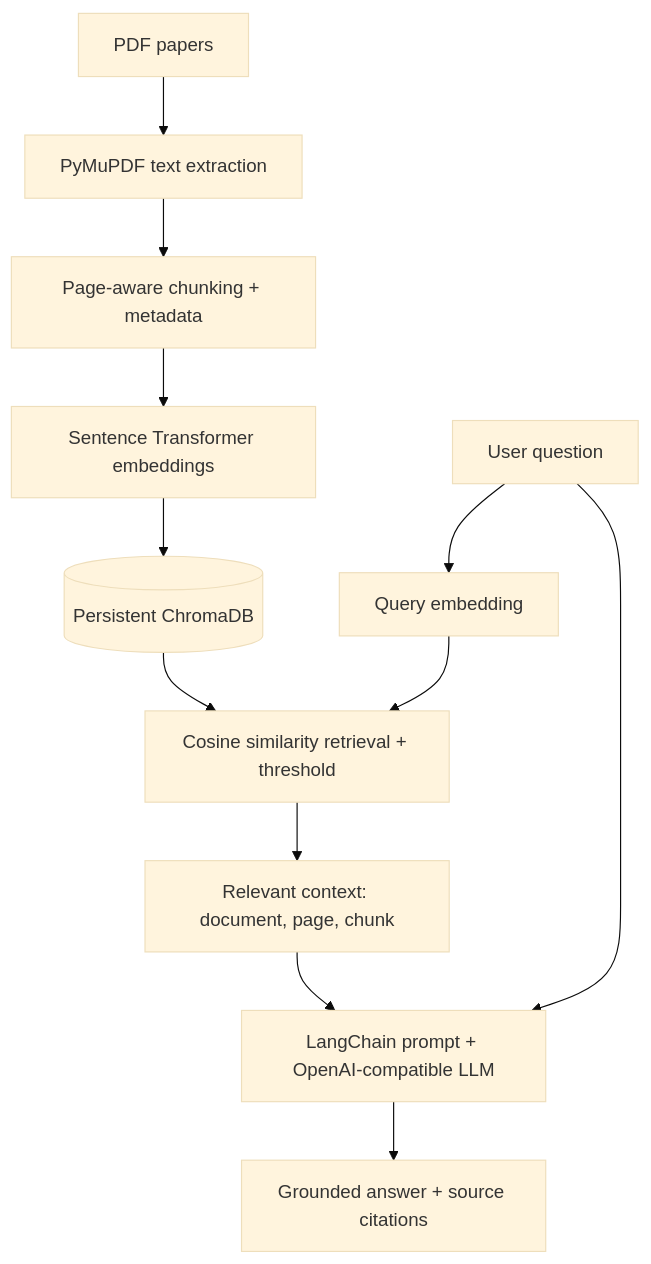
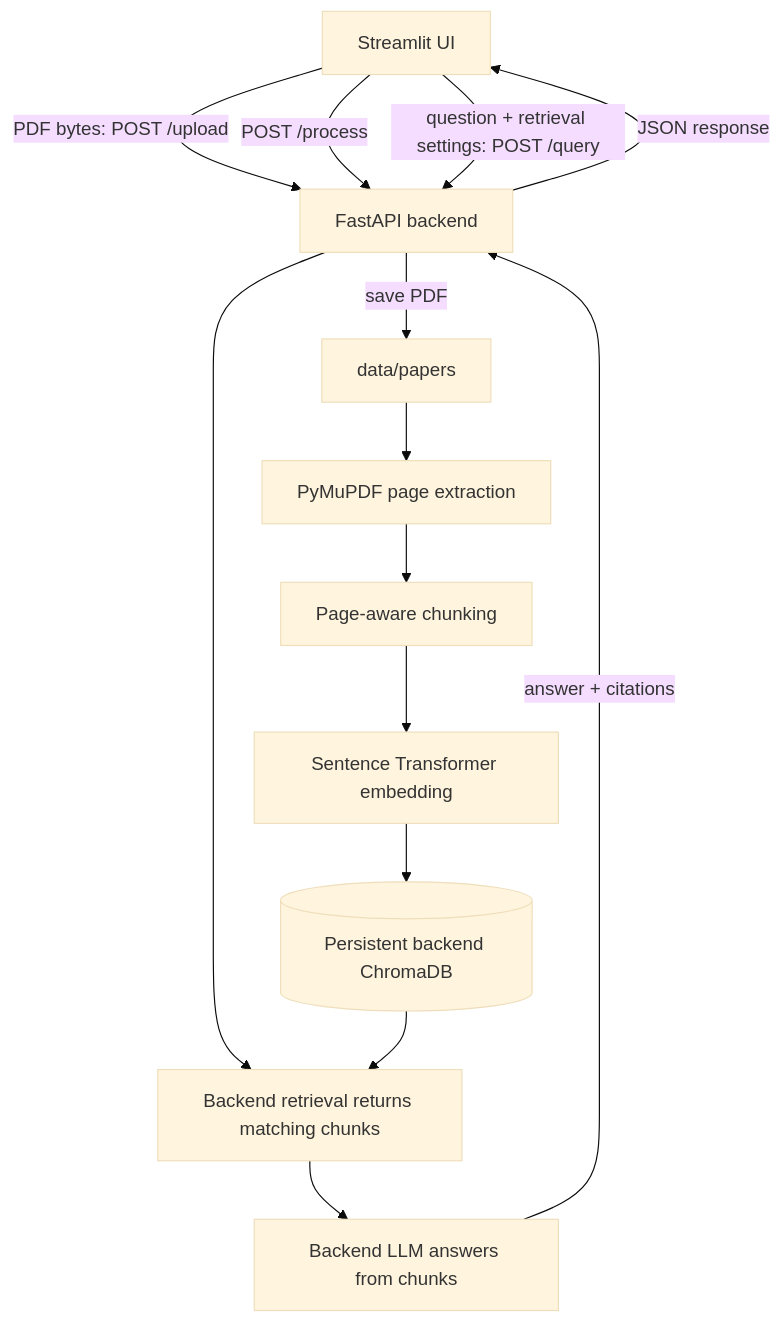
The diagram in README.md (sandeepsurekas-boop/Project_RAG), drawn with Mermaid (base theme) before and after one commit. The commit also changed other lines of this file and 38 other files, not shown here.

````diff
--- a/README.md
+++ b/README.md
@@ -7,14 +53,16 @@
 ```mermaid
 flowchart TD
-    A[PDF papers] --> B[PyMuPDF text extraction]
-    B --> C[Page-aware chunking + metadata]
-    C --> D[Sentence Transformer embeddings]
-    D --> E[(Persistent ChromaDB)]
-    F[User question] --> G[Query embedding]
-    G --> H[Cosine similarity retrieval + threshold]
-    E --> H
-    H --> I[Relevant context: document, page, chunk]
-    I --> J[LangChain prompt + OpenAI-compatible LLM]
-    F --> J
-    J --> K[Grounded answer + source citations]
+    U[Streamlit UI] -->|PDF bytes: POST /upload| API[FastAPI backend]
+    API -->|save PDF| P[data/papers]
+    P --> X[PyMuPDF page extraction]
+    X --> C[Page-aware chunking]
+    C --> E[Sentence Transformer embedding]
+    E --> V[(Persistent backend ChromaDB)]
+    U -->|POST /process| API
+    U -->|question + retrieval settings: POST /query| API
+    API -->     R[Backend retrieval returns matching chunks]
+    V --> R
+    R --> L[Backend LLM answers from chunks]
+    L -->|answer + citations| API
+    API -->|JSON response| U
 ```
````
